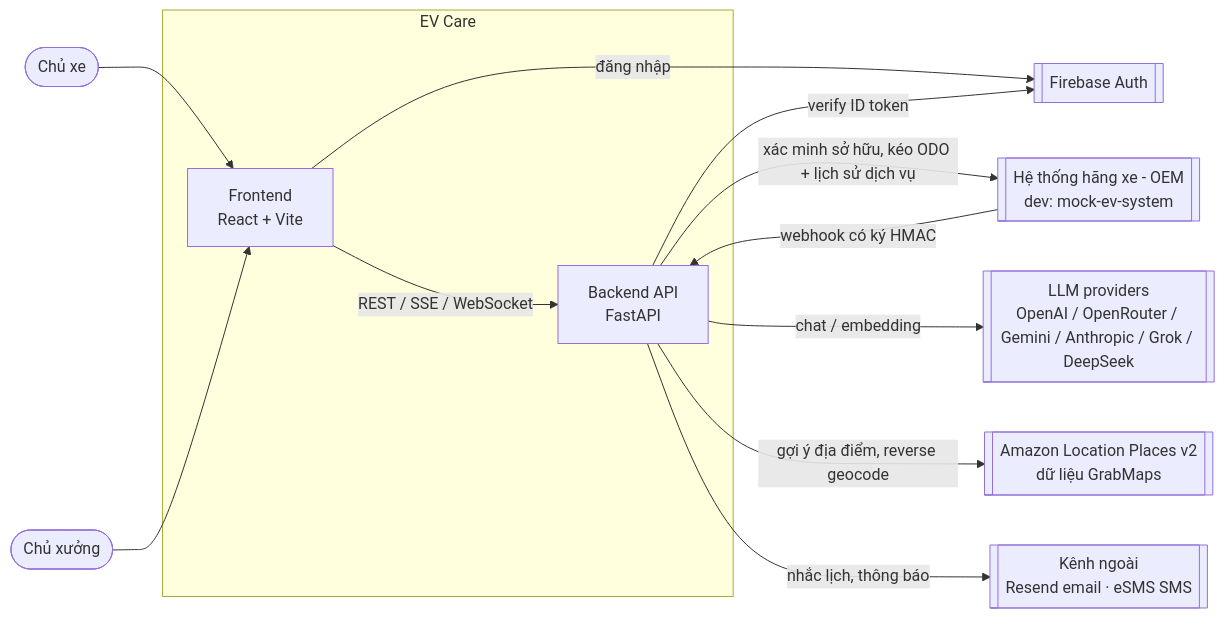
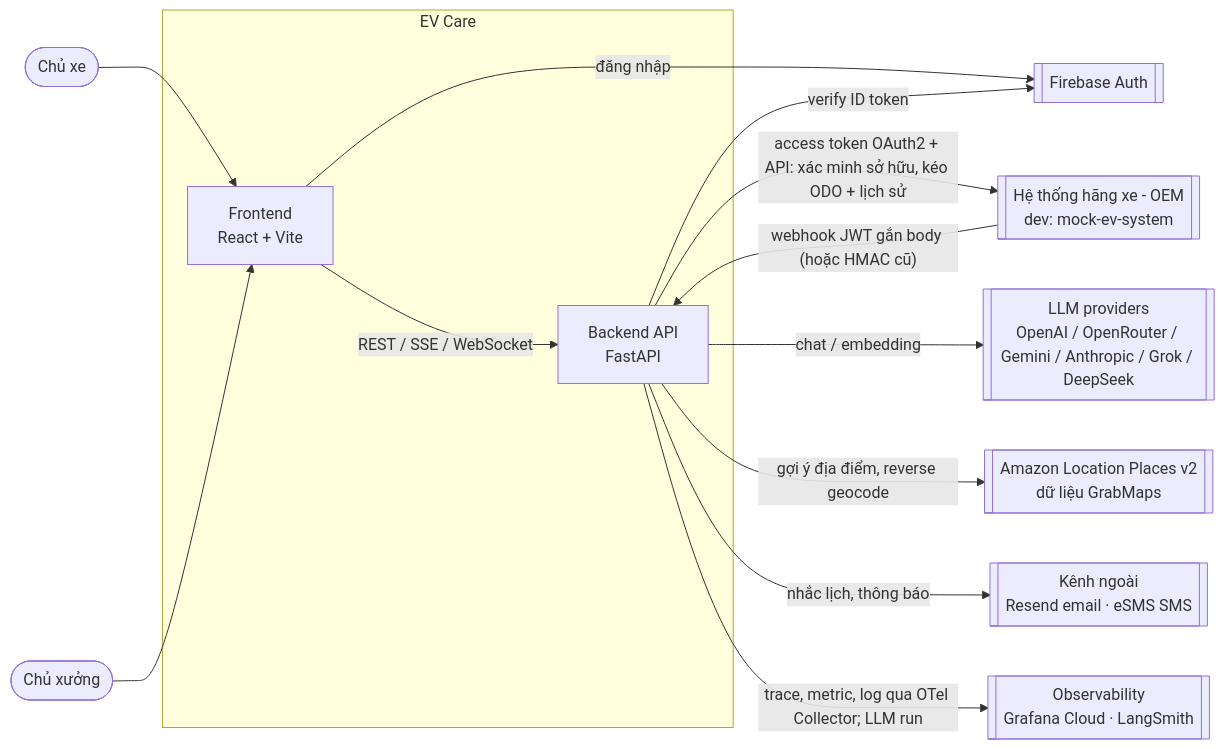
The first of 11 diagrams in docs/architecture.md (tungld9999blacksmith/mvp-40-days-deployments-team-146), drawn with Mermaid before and after one commit. The commit also changed other lines of this file and 76 other files, not shown here.

````diff
--- a/docs/architecture.md
+++ b/docs/architecture.md
@@ -19,27 +19,29 @@
 ```mermaid
 flowchart LR
     Owner([Chủ xe])
     WsOwner([Chủ xưởng])
 
     subgraph EVCare[EV Care]
         FE[Frontend<br/>React + Vite]
         BE[Backend API<br/>FastAPI]
     end
 
     Firebase[[Firebase Auth]]
     OEM[[Hệ thống hãng xe - OEM<br/>dev: mock-ev-system]]
     LLM[[LLM providers<br/>OpenAI / OpenRouter / Gemini / Anthropic / Grok / DeepSeek]]
     Places[[Amazon Location Places v2<br/>dữ liệu GrabMaps]]
     Notify[[Kênh ngoài<br/>Resend email · eSMS SMS]]
+    Obs[[Observability<br/>Grafana Cloud · LangSmith]]
 
     Owner --> FE
     WsOwner --> FE
     FE -- REST / SSE / WebSocket --> BE
     FE -- đăng nhập --> Firebase
     BE -- verify ID token --> Firebase
-    BE -- xác minh sở hữu, kéo ODO + lịch sử dịch vụ --> OEM
-    OEM -- webhook có ký HMAC --> BE
+    BE -- access token OAuth2 + API: xác minh sở hữu, kéo ODO + lịch sử --> OEM
+    OEM -- webhook JWT gắn body (hoặc HMAC cũ) --> BE
     BE -- chat / embedding --> LLM
     BE -- gợi ý địa điểm, reverse geocode --> Places
     BE -- nhắc lịch, thông báo --> Notify
+    BE -- trace, metric, log qua OTel Collector; LLM run --> Obs
 ```
````
